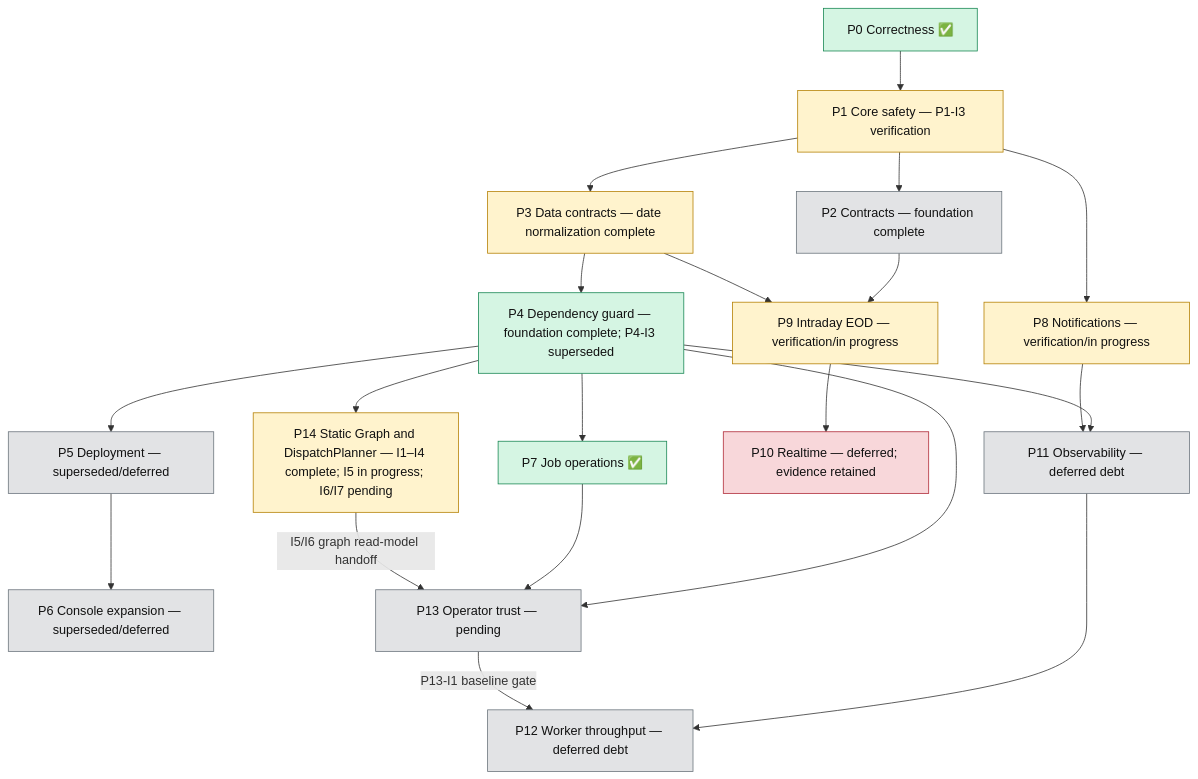
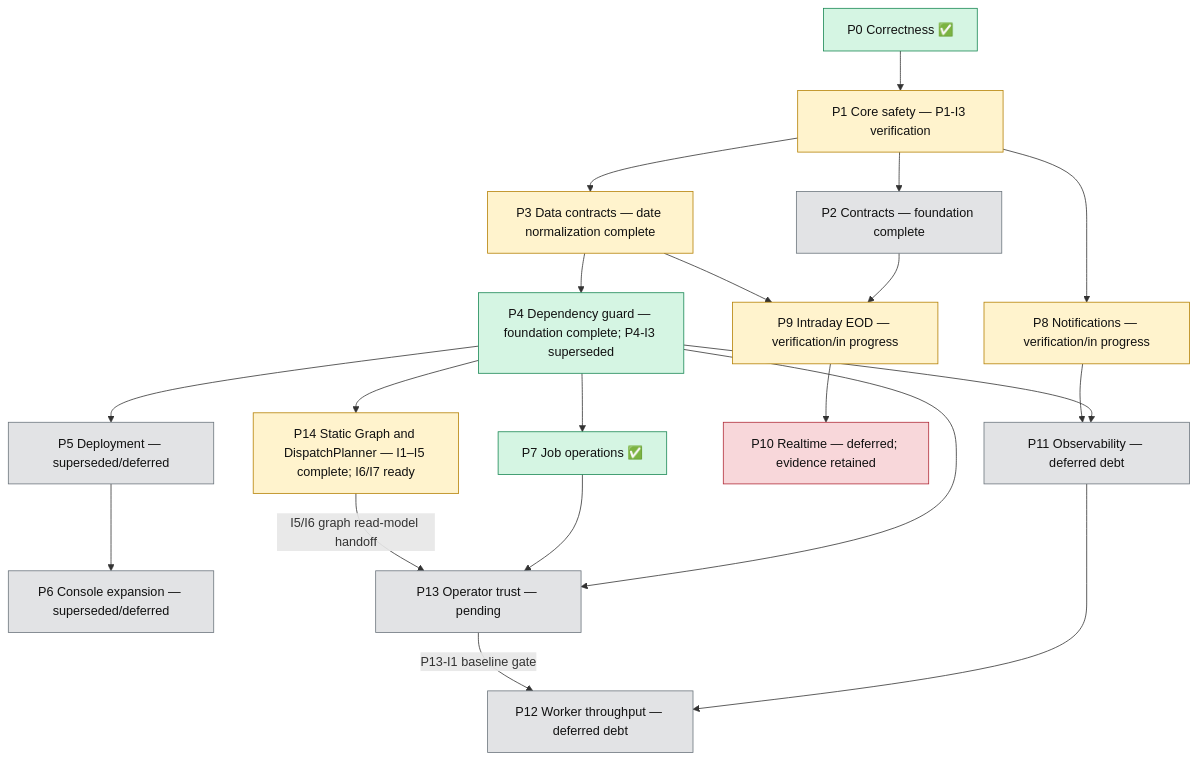
One commit to tanlocit9/omni changed the diagram in docs/plans/roadmap/roadmap.md. Above: the diagram before and after it, drawn with Mermaid. The commit also changed other lines of this file and 18 other files, not shown here.

````diff
--- a/docs/plans/roadmap/roadmap.md
+++ b/docs/plans/roadmap/roadmap.md
@@ -7,31 +7,31 @@
 ```mermaid
 flowchart TD
     P0["P0 Correctness ✅"] --> P1["P1 Core safety — P1-I3 verification"]
     P1 --> P2["P2 Contracts — foundation complete"]
     P1 --> P3["P3 Data contracts — date normalization complete"]
     P3 --> P4["P4 Dependency guard — foundation complete; P4-I3 superseded"]
-    P4 --> P14["P14 Static Graph and DispatchPlanner — I1–I4 complete; I5 in progress; I6/I7 pending"]
+    P4 --> P14["P14 Static Graph and DispatchPlanner — I1–I5 complete; I6/I7 ready"]
     P4 --> P5["P5 Deployment — superseded/deferred"]
     P5 --> P6["P6 Console expansion — superseded/deferred"]
     P4 --> P7["P7 Job operations ✅"]
     P1 --> P8["P8 Notifications — verification/in progress"]
     P2 --> P9["P9 Intraday EOD — verification/in progress"]
     P3 --> P9
     P9 --> P10["P10 Realtime — deferred; evidence retained"]
     P4 --> P11["P11 Observability — deferred debt"]
     P8 --> P11
     P4 --> P13["P13 Operator trust — pending"]
     P7 --> P13
     P14 -->|"I5/I6 graph read-model handoff"| P13
     P11 --> P12["P12 Worker throughput — deferred debt"]
     P13 -->|"P13-I1 baseline gate"| P12
 
     classDef done fill:#d5f5e3,stroke:#198754,color:#111;
     classDef active fill:#fff3cd,stroke:#b58105,color:#111;
     classDef pending fill:#e2e3e5,stroke:#6c757d,color:#111;
     classDef blocked fill:#f8d7da,stroke:#b02a37,color:#111;
     class P0,P4,P7 done;
     class P1,P3,P8,P9,P14 active;
     class P2,P5,P6,P11,P12,P13 pending;
     class P10 blocked;
 ```
````
